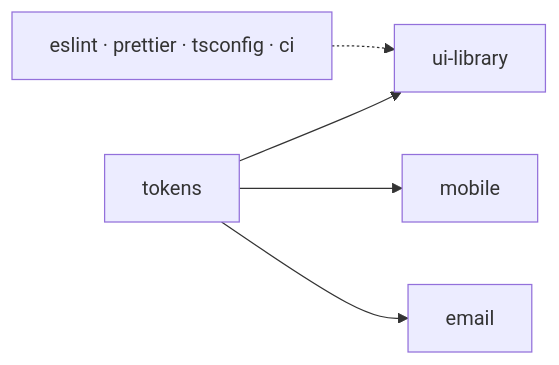
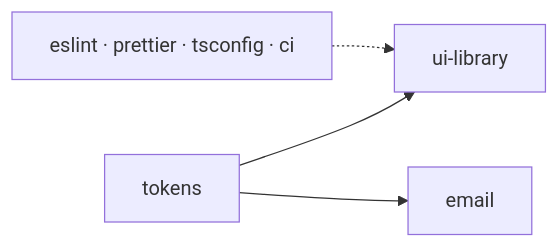
The diagram in src/content/docs/paquetes/index.md (inzumer/inzumer-docs), drawn with Mermaid before and after one commit. The commit also changed other lines of this file and 5 other files, not shown here.

Commit message:
docs: mobile apps as a native shell with a WebView, no native library

````diff
--- a/src/content/docs/paquetes/index.md
+++ b/src/content/docs/paquetes/index.md
@@ -10,7 +10,6 @@
 ```mermaid
 flowchart LR
   tokens["tokens"] --> ui["ui-library"]
-  tokens --> native["mobile"]
   tokens --> email["email"]
   config["eslint · prettier · tsconfig · ci"] -.-> ui
 ```
````
